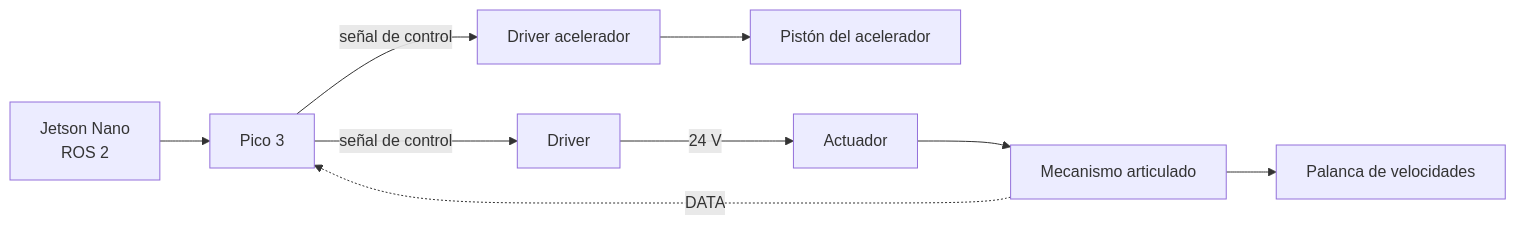
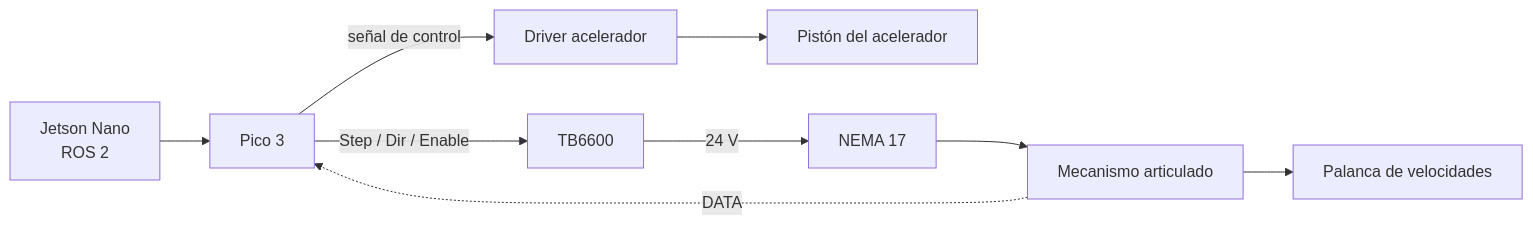
The diagram in docs/palanca.md (BrianSimpson01/Agrotecnologias-abiertas-para-mexico-), drawn with Mermaid before and after one commit. The commit also changed other lines of this file and 1 other file, not shown here.

Commit message:
Palanca: NEMA 17, TB6600, posiciones y fuerza

````diff
--- a/docs/palanca.md
+++ b/docs/palanca.md
@@ -17,11 +18,11 @@
 ```mermaid
 flowchart LR
     ROS[Jetson Nano<br/>ROS 2] --> PICO[Pico 3]
     PICO -->|señal de control| DRVA[Driver acelerador]
     DRVA --> ACEL[Pistón del acelerador]
-    PICO -->|señal de control| DRV[Driver]
-    DRV -->|24 V| ACT[Actuador]
+    PICO -->|Step / Dir / Enable| DRV[TB6600]
+    DRV -->|24 V| ACT[NEMA 17]
     ACT --> MEC[Mecanismo articulado]
     MEC --> PAL[Palanca de velocidades]
     MEC -. DATA .-> PICO
 ```
````
